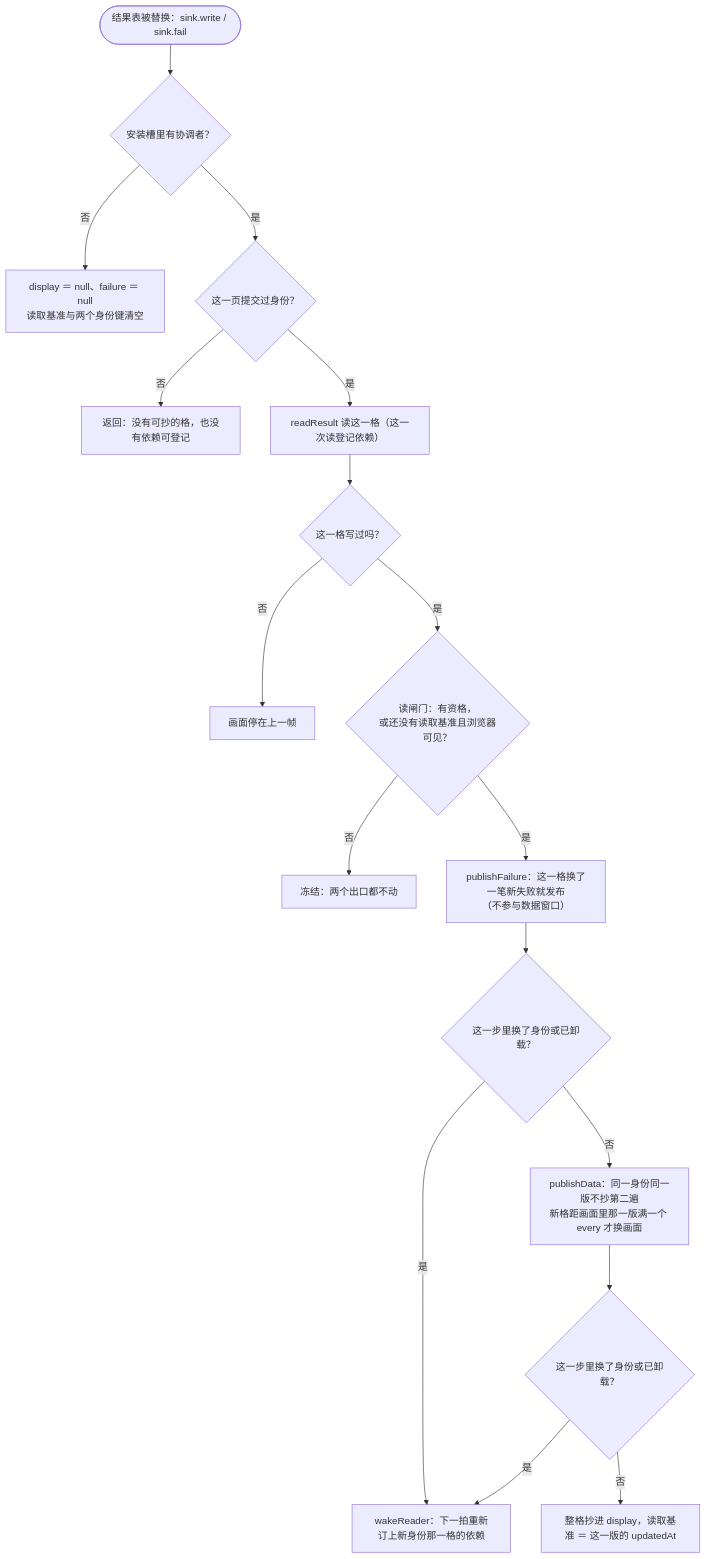
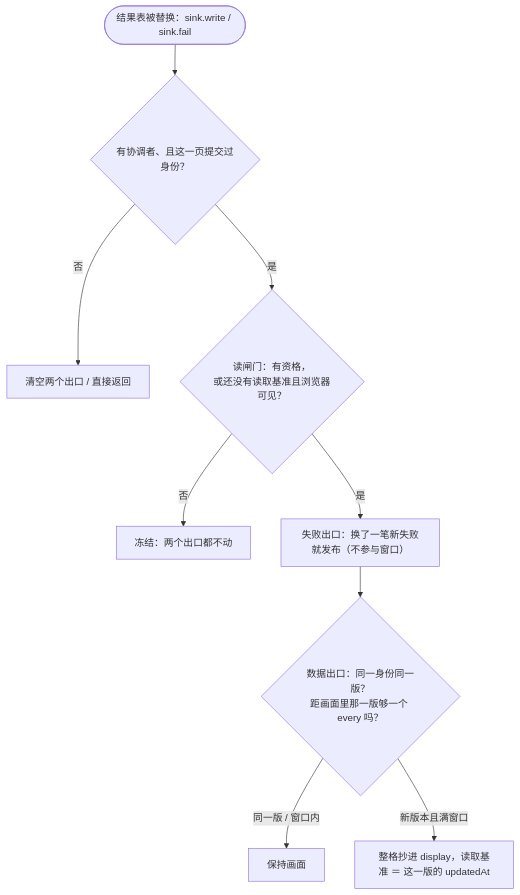
Before and after one commit to anjing0524/vue-refresh: the fourth of 4 diagrams in DESIGN.md, drawn with Mermaid. The commit also changed other lines of this file and 2 other files, not shown here.

First line of the commit message:
三张图收成「一屏看得完」：数据流图去子图、两张流程图去分支（ADR-110）

````diff
--- a/DESIGN.md
+++ b/DESIGN.md
@@ -482,19 +442,11 @@
 ```mermaid
 flowchart TD
-  Wake(["结果表被替换：sink.write / sink.fail"]) --> Bound{"安装槽里有协调者？"}
-  Bound -->|"否"| Clear["display ＝ null、failure ＝ null<br/>读取基准与两个身份键清空"]
-  Bound -->|"是"| Params{"这一页提交过身份？"}
-  Params -->|"否"| Stop1["返回：没有可抄的格，也没有依赖可登记"]
-  Params -->|"是"| Cell["readResult 读这一格（这一次读登记依赖）"]
-  Cell --> Exists{"这一格写过吗？"}
-  Exists -->|"否"| Stop2["画面停在上一帧"]
-  Exists -->|"是"| Gate{"读闸门：有资格，<br/>或还没有读取基准且浏览器可见？"}
-  Gate -->|"否"| Stop3["冻结：两个出口都不动"]
-  Gate -->|"是"| Fail["publishFailure：这一格换了一笔新失败就发布<br/>（不参与数据窗口）"]
-  Fail --> Stale{"这一步里换了身份或已卸载？"}
-  Stale -->|"是"| Wake2["wakeReader：下一拍重新订上新身份那一格的依赖"]
-  Stale -->|"否"| Data["publishData：同一身份同一版不抄第二遍<br/>新格距画面里那一版满一个 every 才换画面"]
-  Data --> Stale2{"这一步里换了身份或已卸载？"}
-  Stale2 -->|"是"| Wake2
-  Stale2 -->|"否"| Done["整格抄进 display，读取基准 ＝ 这一版的 updatedAt"]
+  Wake(["结果表被替换：sink.write / sink.fail"]) --> Ready{"有协调者、且这一页提交过身份？"}
+  Ready -->|"否"| Idle["清空两个出口 / 直接返回"]
+  Ready -->|"是"| Gate{"读闸门：有资格，<br/>或还没有读取基准且浏览器可见？"}
+  Gate -->|"否"| Freeze["冻结：两个出口都不动"]
+  Gate -->|"是"| Fail["失败出口：换了一笔新失败就发布（不参与窗口）"]
+  Fail --> Fresh{"数据出口：同一身份同一版？<br/>距画面里那一版够一个 every 吗？"}
+  Fresh -->|"同一版 / 窗口内"| Keep["保持画面"]
+  Fresh -->|"新版本且满窗口"| Paint["整格抄进 display，读取基准 ＝ 这一版的 updatedAt"]
 ```
````
